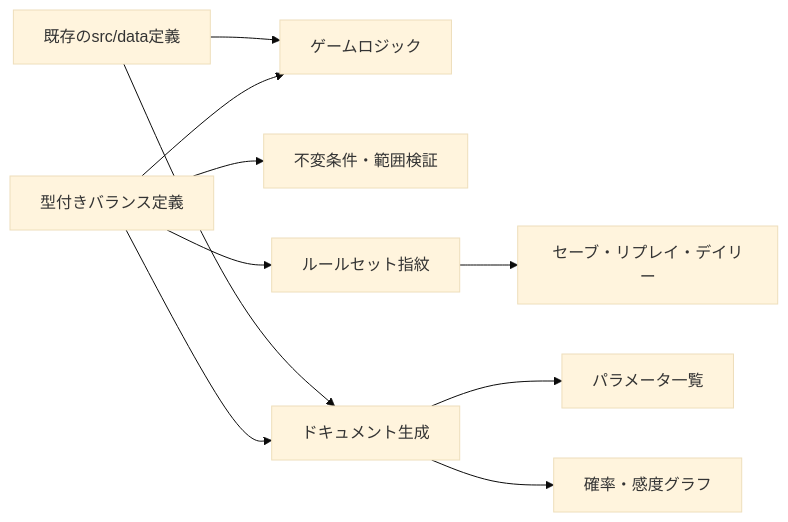
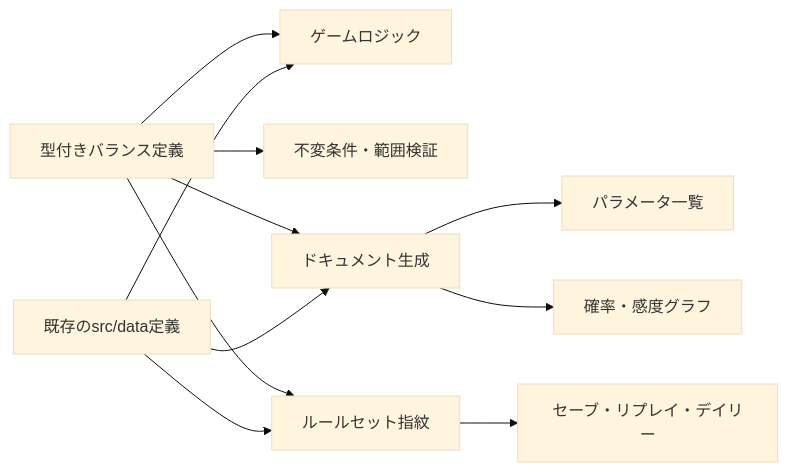
Before and after one commit to nimiusrd/devops-tycoon: the diagram in plan/balance-ssot-plan.md, drawn with Mermaid (base theme). The commit also changed other lines of this file and 1 other file, not shown here.

````diff
--- a/plan/balance-ssot-plan.md
+++ b/plan/balance-ssot-plan.md
@@ -108,12 +108,13 @@
 ```mermaid
 flowchart LR
     registry["型付きバランス定義"] --> game["ゲームロジック"]
     registry --> validate["不変条件・範囲検証"]
     registry --> generator["ドキュメント生成"]
     registry --> fingerprint["ルールセット指紋"]
     content["既存のsrc/data定義"] --> game
     content --> generator
+    content --> fingerprint
     generator --> tables["パラメータ一覧"]
     generator --> graphs["確率・感度グラフ"]
     fingerprint --> saves["セーブ・リプレイ・デイリー"]
 ```
````
